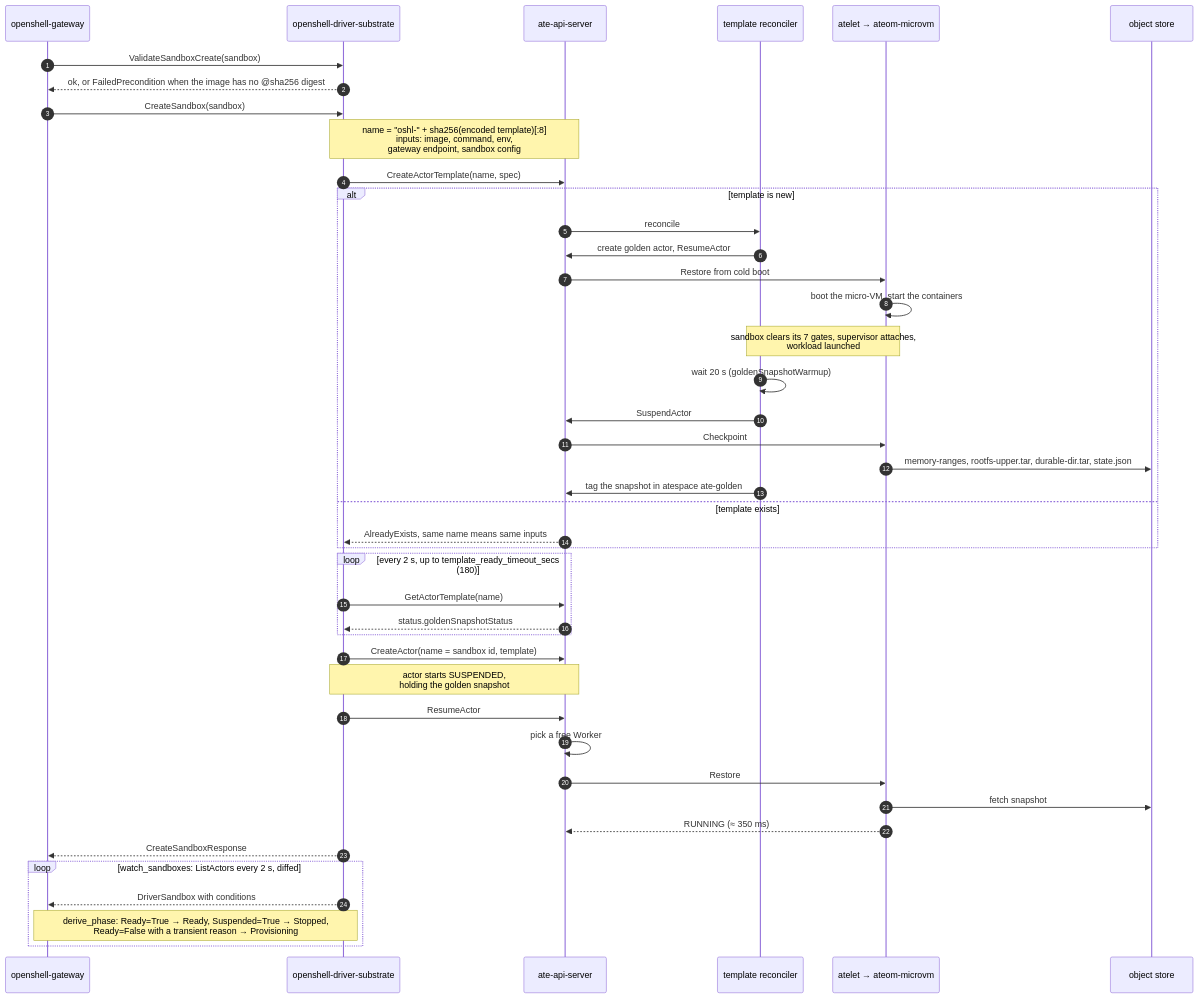
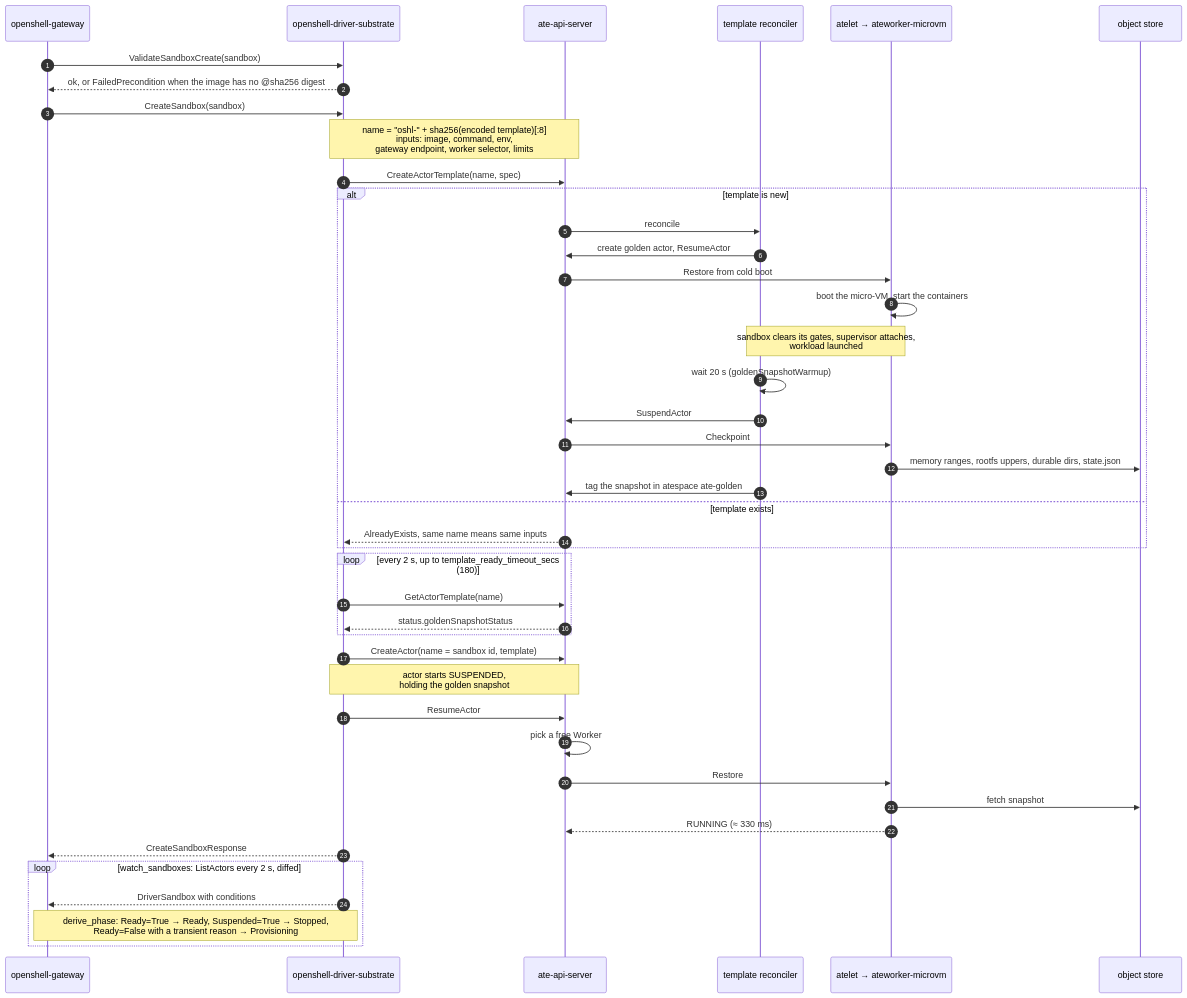
One commit to dims/openshell-driver-substrate changed the fourth of 8 diagrams in docs/architecture.md. Above: the diagram before and after it, drawn with Mermaid. The commit also changed other lines of this file and 4 other files, not shown here.

````diff
--- a/docs/architecture.md
+++ b/docs/architecture.md
@@ -330,46 +348,46 @@
 ```mermaid
 sequenceDiagram
   autonumber
   participant GW as openshell-gateway
   participant D as openshell-driver-substrate
   participant API as ate-api-server
   participant R as template reconciler
-  participant W as atelet → ateom-microvm
+  participant W as atelet → ateworker-microvm
   participant S as object store
 
   GW->>D: ValidateSandboxCreate(sandbox)
   D-->>GW: ok, or FailedPrecondition when the image has no @sha256 digest
   GW->>D: CreateSandbox(sandbox)
-  Note over D,API: name = "oshl-" + sha256(encoded template)[:8]<br/>inputs: image, command, env,<br/>gateway endpoint, sandbox config
+  Note over D,API: name = "oshl-" + sha256(encoded template)[:8]<br/>inputs: image, command, env,<br/>gateway endpoint, worker selector, limits
   D->>API: CreateActorTemplate(name, spec)
   alt template is new
     API->>R: reconcile
     R->>API: create golden actor, ResumeActor
     API->>W: Restore from cold boot
     W->>W: boot the micro-VM, start the containers
-    Note over R,W: sandbox clears its 7 gates, supervisor attaches,<br/>workload launched
+    Note over R,W: sandbox clears its gates, supervisor attaches,<br/>workload launched
     R->>R: wait 20 s (goldenSnapshotWarmup)
     R->>API: SuspendActor
     API->>W: Checkpoint
-    W->>S: memory-ranges, rootfs-upper.tar, durable-dir.tar, state.json
+    W->>S: memory ranges, rootfs uppers, durable dirs, state.json
     R->>API: tag the snapshot in atespace ate-golden
   else template exists
     API-->>D: AlreadyExists, same name means same inputs
   end
   loop every 2 s, up to template_ready_timeout_secs (180)
     D->>API: GetActorTemplate(name)
     API-->>D: status.goldenSnapshotStatus
   end
   D->>API: CreateActor(name = sandbox id, template)
   Note over D,API: actor starts SUSPENDED,<br/>holding the golden snapshot
   D->>API: ResumeActor
   API->>API: pick a free Worker
   API->>W: Restore
   W->>S: fetch snapshot
-  W-->>API: RUNNING (≈ 350 ms)
+  W-->>API: RUNNING (≈ 330 ms)
   D-->>GW: CreateSandboxResponse
   loop watch_sandboxes: ListActors every 2 s, diffed
     D-->>GW: DriverSandbox with conditions
     Note over GW,D: derive_phase: Ready=True → Ready, Suspended=True → Stopped,<br/>Ready=False with a transient reason → Provisioning
   end
 ```
````
